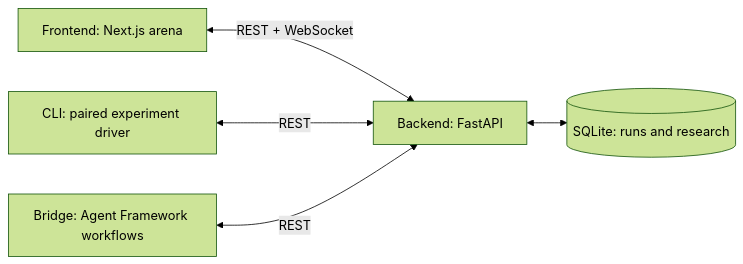
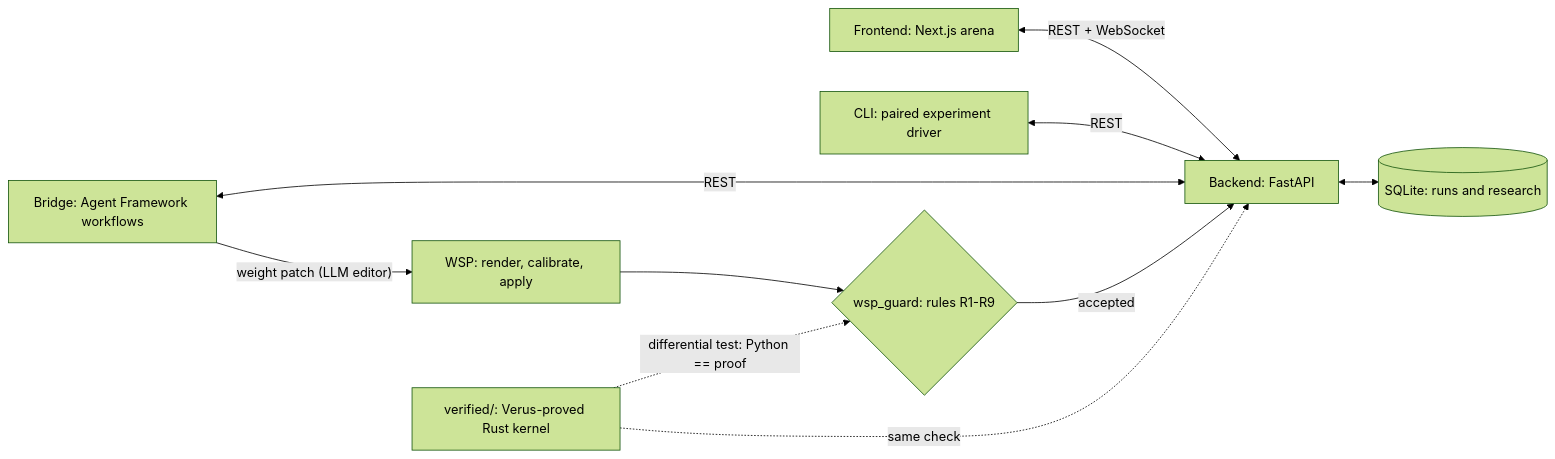
The first of 6 diagrams in README.md (Bakar404/markov-agent-orchestrator), drawn with Mermaid (forest theme) before and after one commit. The commit also changed other lines of this file and 51 other files, not shown here.

````diff
--- a/README.md
+++ b/README.md
@@ -45,7 +47,12 @@
 ```mermaid
 flowchart LR
     F["Frontend: Next.js arena"] <-->|REST + WebSocket| B["Backend: FastAPI"]
     C["CLI: paired experiment driver"] <-->|REST| B
     M["Bridge: Agent Framework workflows"] <-->|REST| B
     B <--> D[("SQLite: runs and research")]
+    M -->|"weight patch (LLM editor)"| W["WSP: render, calibrate, apply"]
+    W --> G{"wsp_guard: rules R1-R9"}
+    G -->|accepted| B
+    K["verified/: Verus-proved Rust kernel"] -.->|"differential test: Python == proof"| G
+    K -.->|"same check"| B
 ```
````
